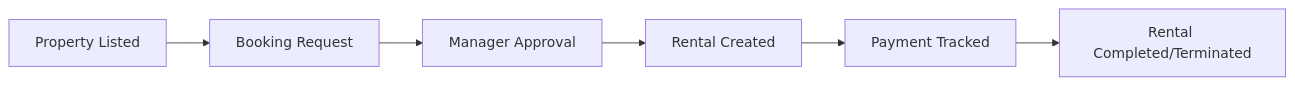
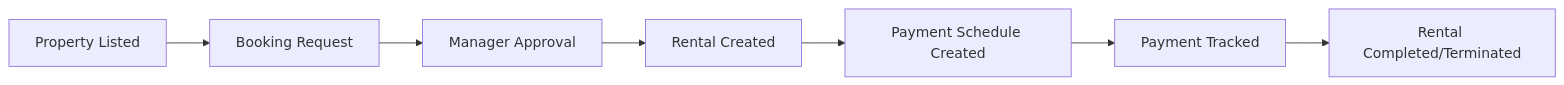
Before and after one commit to One-Marvellous/Property-Rental-Management-System: the diagram in README.md, drawn with Mermaid. The commit also changed other lines of this file and 16 other files, not shown here.

Commit message:
Adding image upload, reconstructing DB schema design

````diff
--- a/README.md
+++ b/README.md
@@ -68,8 +68,9 @@
 ```mermaid
 graph LR
   A[Property Listed] --> B[Booking Request]
   B --> C[Manager Approval]
   C --> D[Rental Created]
-  D --> E[Payment Tracked]
-  E --> F[Rental Completed/Terminated]
+  D --> E[Payment Schedule Created]
+  E --> F[Payment Tracked]
+  F --> G[Rental Completed/Terminated]
 ```
````
